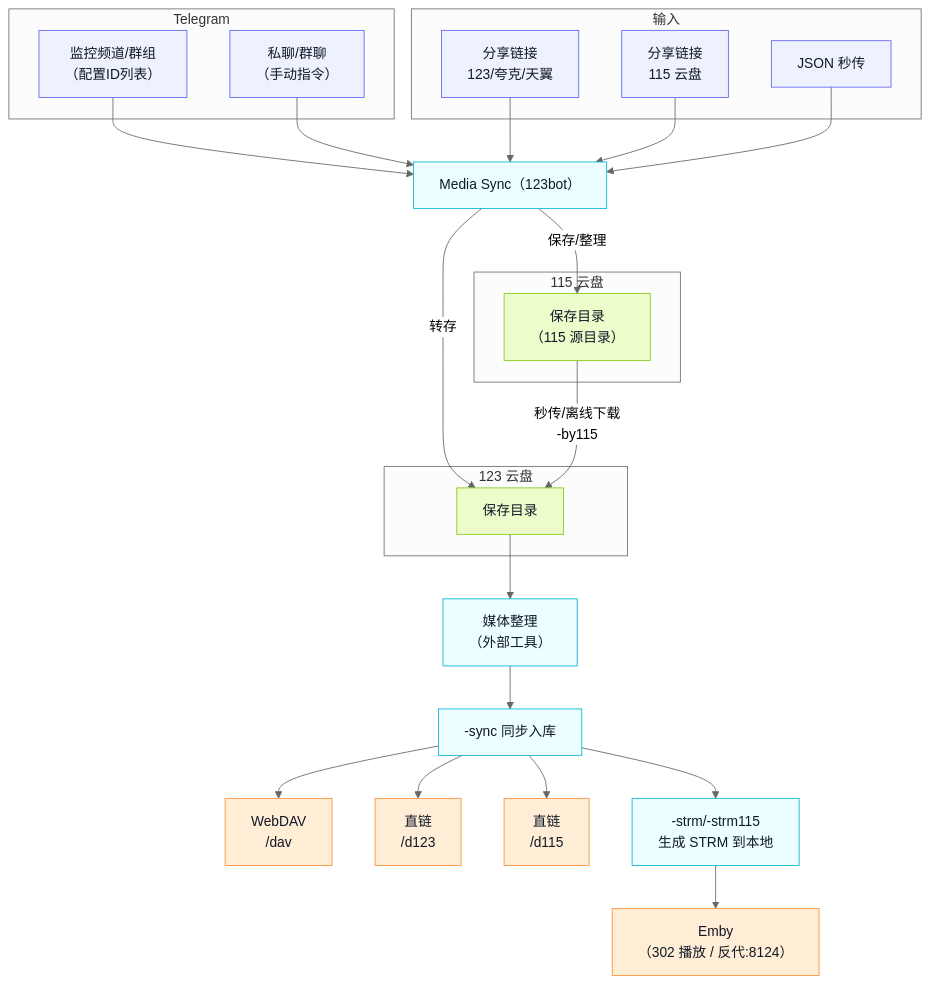
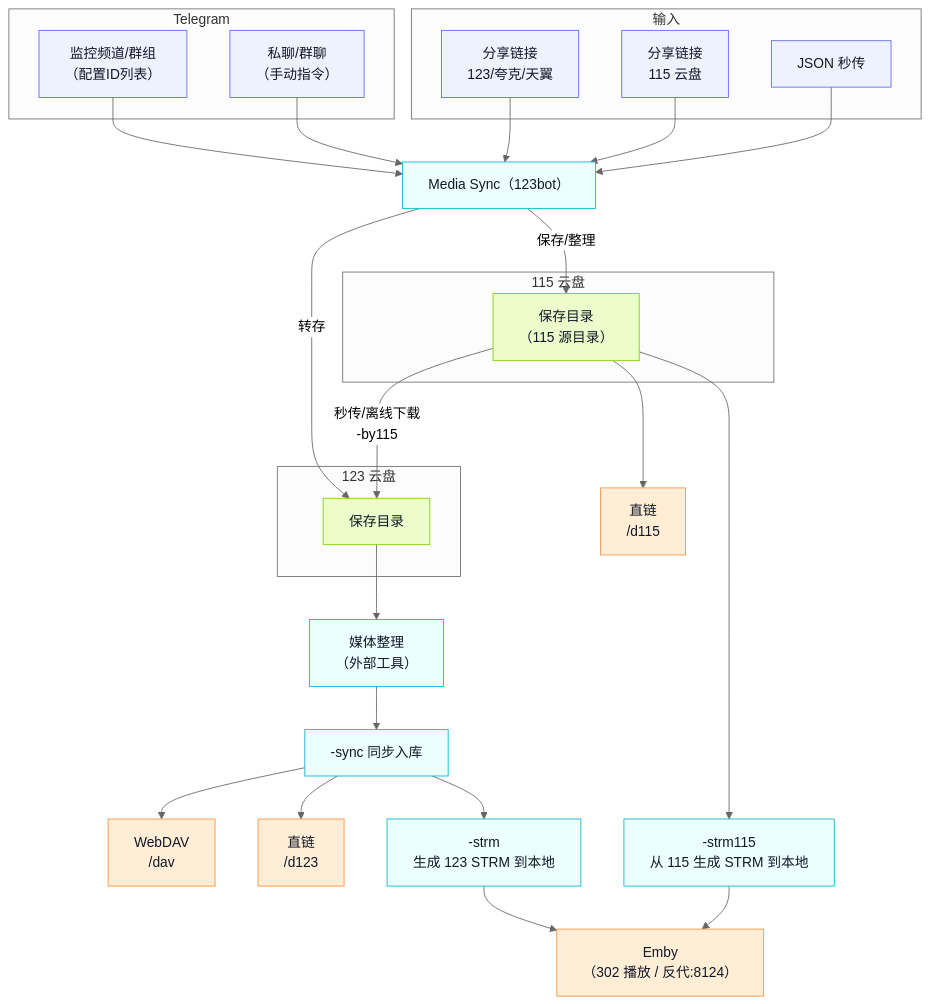
The diagram in README.md (DinDing1/123BOT), drawn with Mermaid (neutral theme) before and after one commit.

````diff
--- a/README.md
+++ b/README.md
@@ -32,47 +32,49 @@
 ```mermaid
 flowchart TB
   classDef src fill:#EEF2FF,stroke:#6366F1,color:#111827;
   classDef core fill:#ECFEFF,stroke:#06B6D4,color:#111827;
   classDef store fill:#ECFCCB,stroke:#84CC16,color:#111827;
   classDef out fill:#FFEDD5,stroke:#FB923C,color:#111827;
 
   subgraph TG[Telegram]
     MON[监控频道/群组<br/>（配置ID列表）]:::src
     MAN[私聊/群聊<br/>（手动指令）]:::src
   end
 
   subgraph IN[输入]
     LINK123[分享链接<br/>123/夸克/天翼]:::src
     LINK115[分享链接<br/>115 云盘]:::src
     JSON[JSON 秒传]:::src
   end
 
   BOT[Media Sync（123bot）]:::core
 
   MON --> BOT
   MAN --> BOT
   LINK123 --> BOT
   LINK115 --> BOT
   JSON --> BOT
 
   subgraph CLOUD115[115 云盘]
     SAVE115[保存目录<br/>（115 源目录）]:::store
   end
 
   subgraph CLOUD123[123 云盘]
     SAVE123[保存目录]:::store
   end
 
   BOT -->|转存| SAVE123
   BOT -->|保存/整理| SAVE115
   SAVE115 -->|秒传/离线下载<br/>-by115| SAVE123
 
   SAVE123 --> ORGANIZE[媒体整理<br/>（外部工具）]:::core
   ORGANIZE --> SYNC[-sync 同步入库]:::core
 
   SYNC --> DAV[WebDAV<br/>/dav]:::out
   SYNC --> DL123[直链<br/>/d123]:::out
-  SYNC --> DL115[直链<br/>/d115]:::out
-  SYNC --> STRM[-strm/-strm115<br/>生成 STRM 到本地]:::core
-  STRM --> EMBY[Emby<br/>（302 播放 / 反代:8124）]:::out
+  SAVE115 --> DL115[直链<br/>/d115]:::out
+  SYNC --> STRM123[-strm<br/>生成 123 STRM 到本地]:::core
+  SAVE115 --> STRM115[-strm115<br/>从 115 生成 STRM 到本地]:::core
+  STRM123 --> EMBY[Emby<br/>（302 播放 / 反代:8124）]:::out
+  STRM115 --> EMBY
 ```
````
